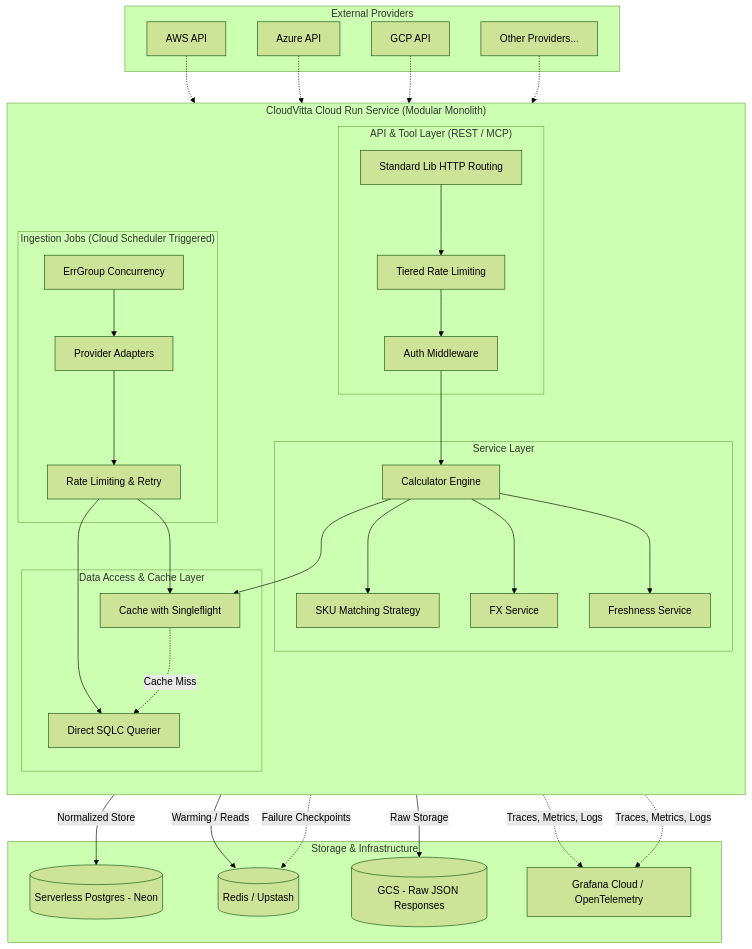
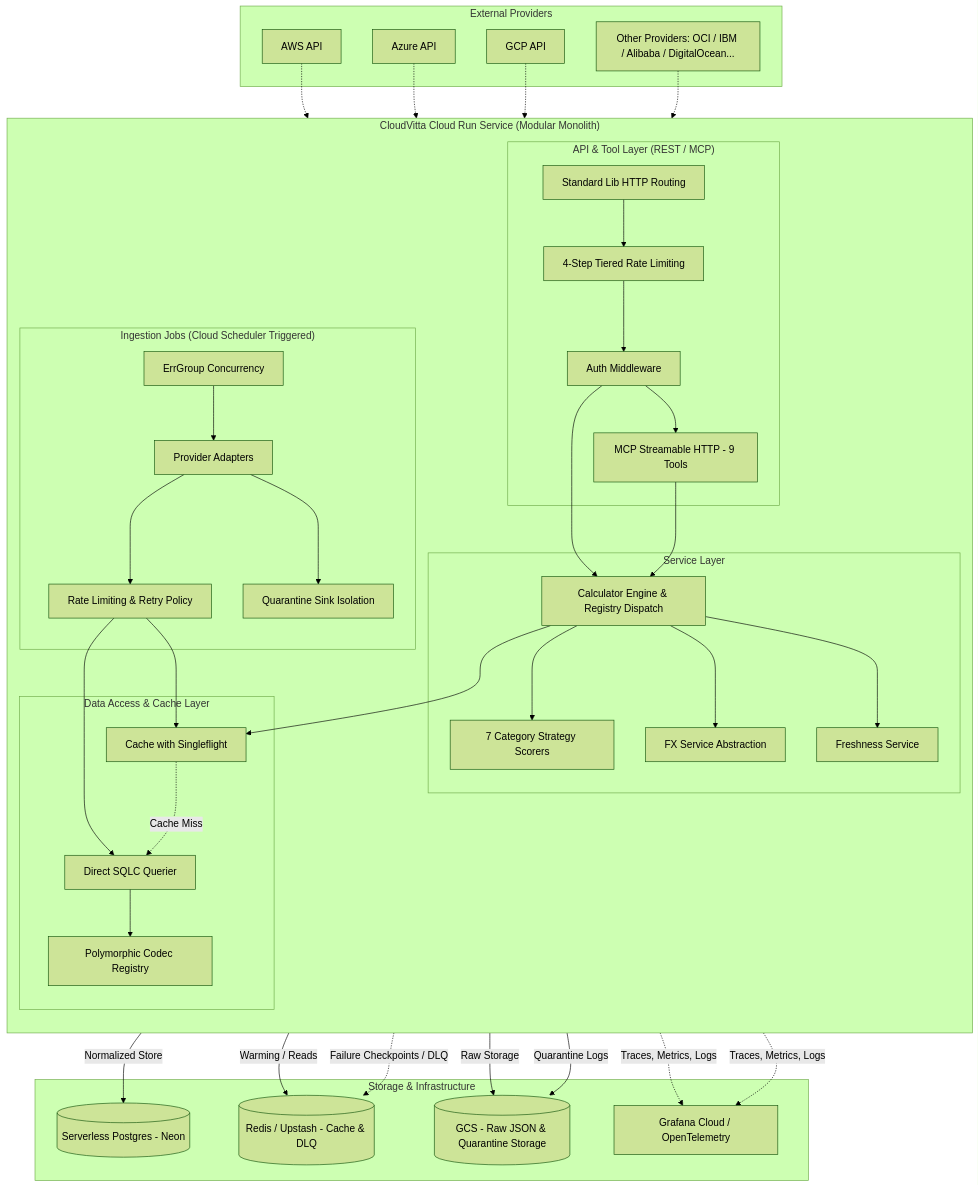
The diagram in docs/diagrams/01-system-architecture.md (thatengineerguy21/cloudvitta), drawn with Mermaid (forest theme) before and after one commit. The commit also changed 11 other files, not shown here.

First line of the commit message:
docs(adr): document stage 3 architecture decisions, contract parity, and exit gate

````diff
--- a/docs/diagrams/01-system-architecture.md
+++ b/docs/diagrams/01-system-architecture.md
@@ -3,72 +3,80 @@
 ```mermaid
 flowchart TD
     subgraph "External Providers"
         P1[AWS API]
         P2[Azure API]
         P3[GCP API]
-        PN[Other Providers...]
+        PN[Other Providers: OCI / IBM / Alibaba / DigitalOcean...]
     end
 
     subgraph "CloudVitta Cloud Run Service (Modular Monolith)"
         direction TB
         
         subgraph "Ingestion Jobs (Cloud Scheduler Triggered)"
             I_WG[ErrGroup Concurrency]
             I_AD[Provider Adapters]
-            I_RL[Rate Limiting & Retry]
+            I_RL[Rate Limiting & Retry Policy]
+            I_QS[Quarantine Sink Isolation]
             I_WG --> I_AD
             I_AD --> I_RL
+            I_AD --> I_QS
         end
 
         subgraph "API & Tool Layer (REST / MCP)"
             API_R[Standard Lib HTTP Routing]
-            API_RL[Tiered Rate Limiting]
+            API_RL[4-Step Tiered Rate Limiting]
             API_Auth[Auth Middleware]
+            API_MCP[MCP Streamable HTTP - 9 Tools]
             API_R --> API_RL
             API_RL --> API_Auth
+            API_Auth --> API_MCP
         end
 
         subgraph "Service Layer"
-            S_CE[Calculator Engine]
-            S_SM[SKU Matching Strategy]
-            S_FX[FX Service]
+            S_CE[Calculator Engine & Registry Dispatch]
+            S_SM[7 Category Strategy Scorers]
+            S_FX[FX Service Abstraction]
             S_FS[Freshness Service]
             
             S_CE --> S_SM
             S_CE --> S_FX
             S_CE --> S_FS
         end
 
         subgraph "Data Access & Cache Layer"
             D_SQLC[Direct SQLC Querier]
             D_Cache[Cache with Singleflight]
+            D_Codec[Polymorphic Codec Registry]
         end
 
         API_Auth --> S_CE
+        API_MCP --> S_CE
         I_RL --> D_SQLC
         I_RL --> D_Cache
         S_CE --> D_Cache
         D_Cache -.->|Cache Miss| D_SQLC
+        D_SQLC --> D_Codec
     end
 
     subgraph "Storage & Infrastructure"
         DB[(Serverless Postgres - Neon)]
-        Redis[(Redis / Upstash)]
-        GCS[(GCS - Raw JSON Responses)]
+        Redis[(Redis / Upstash - Cache & DLQ)]
+        GCS[(GCS - Raw JSON & Quarantine Storage)]
         OTEL[Grafana Cloud / OpenTelemetry]
     end
 
     P1 -.-> I_WG
     P2 -.-> I_WG
     P3 -.-> I_WG
     PN -.-> I_WG
 
     I_AD -->|Raw Storage| GCS
+    I_QS -->|Quarantine Logs| GCS
     D_SQLC -->|Normalized Store| DB
     D_Cache -->|Warming / Reads| Redis
     
     %% Telemetry and DLQ
     API_Auth -.->|Traces, Metrics, Logs| OTEL
     I_WG -.->|Traces, Metrics, Logs| OTEL
-    I_WG -.->|Failure Checkpoints| Redis
+    I_WG -.->|Failure Checkpoints / DLQ| Redis
 ```
````
